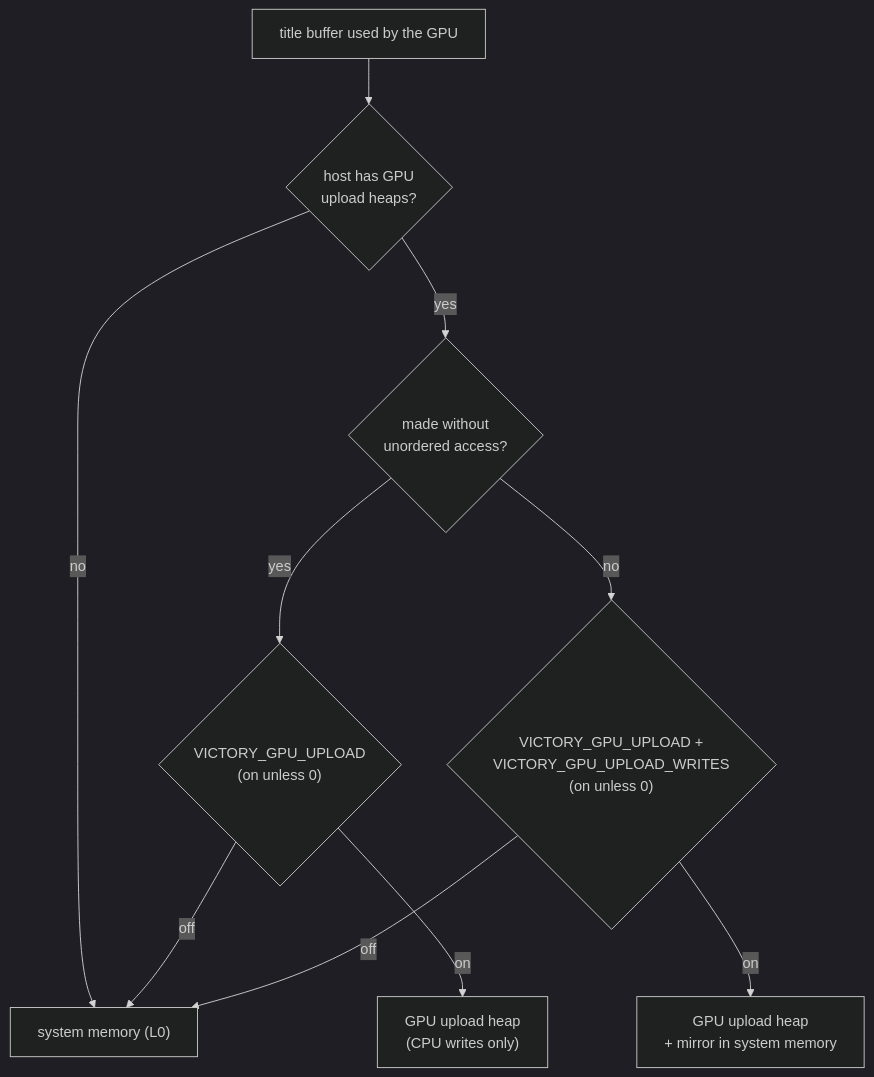
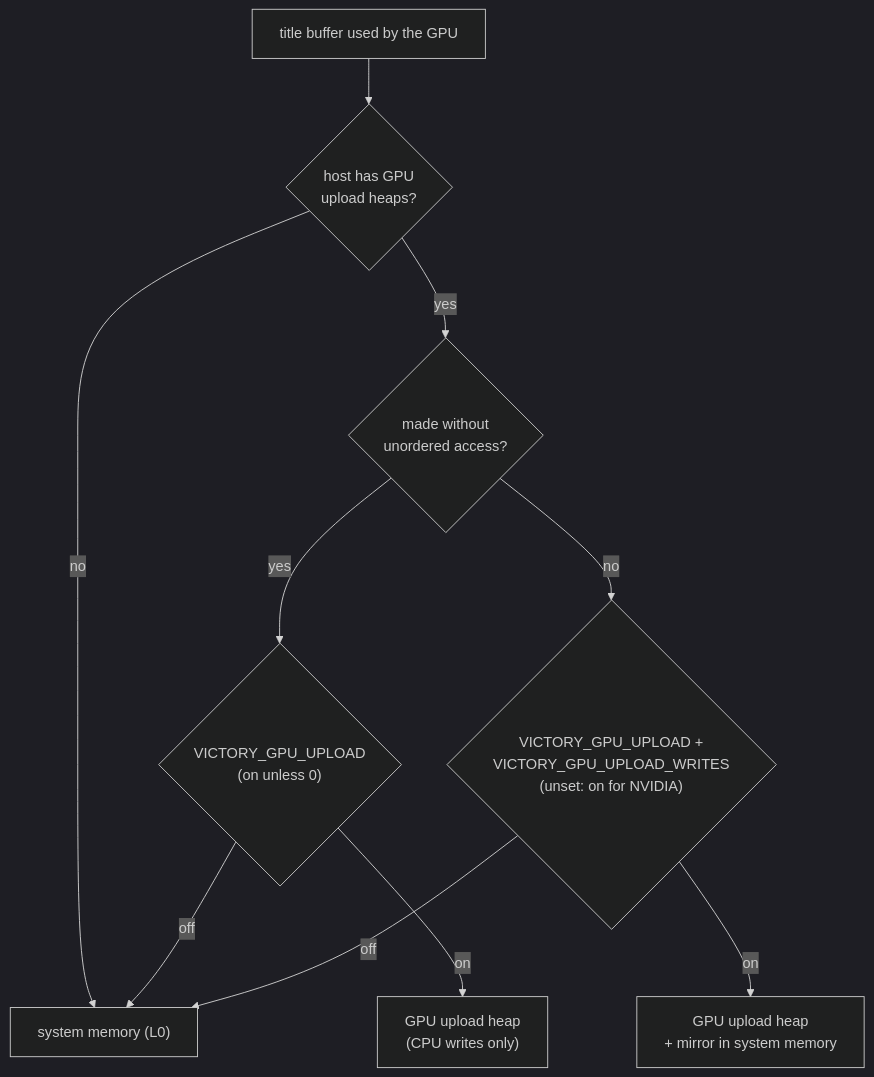
Before and after one commit to 0xkn0wh3r3/VIctory: the fourth of 7 diagrams in docs/gpu-memory.md, drawn with Mermaid (dark theme). The commit also changed other lines of this file and 2 other files, not shown here.

First line of the commit message:
GPU: written buffers' host copies are in video memory by default on NVIDIA only

````diff
--- a/docs/gpu-memory.md
+++ b/docs/gpu-memory.md
@@ -129,14 +129,14 @@
 ```mermaid
 flowchart TD
   B[title buffer used by the GPU]
   RO{"made without<br/>unordered access?"}
   B --> H{"host has GPU<br/>upload heaps?"}
   H -- no --> SM["system memory (L0)"]
   H -- yes --> RO
   RO -- yes --> U1{"VICTORY_GPU_UPLOAD<br/>(on unless 0)"}
   U1 -- on --> UH["GPU upload heap<br/>(CPU writes only)"]
   U1 -- off --> SM
-  RO -- no --> U2{"VICTORY_GPU_UPLOAD +<br/>VICTORY_GPU_UPLOAD_WRITES<br/>(on unless 0)"}
+  RO -- no --> U2{"VICTORY_GPU_UPLOAD +<br/>VICTORY_GPU_UPLOAD_WRITES<br/>(unset: on for NVIDIA)"}
   U2 -- on --> VM["GPU upload heap<br/>+ mirror in system memory"]
   U2 -- off --> SM
 ```
````
